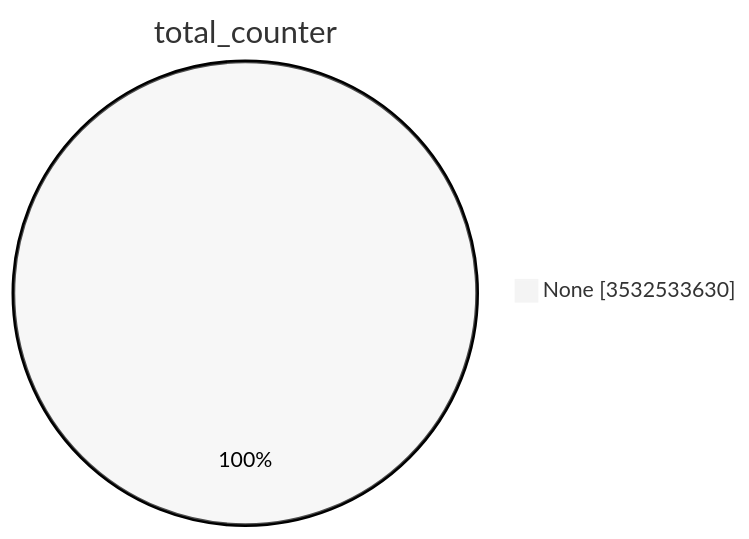
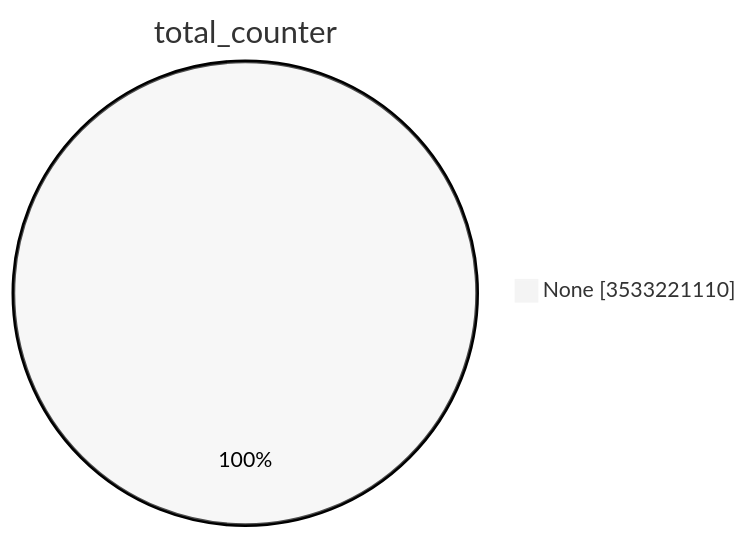
The first of 15 diagrams in TOTAL/README.md (christiankrug/ctmonitor_visualization), drawn with Mermaid (neutral theme) before and after one commit. The commit also changed other lines of this file, not shown here.

````diff
--- a/TOTAL/README.md
+++ b/TOTAL/README.md
@@ -1,5 +1,5 @@
 ```mermaid
 pie showData
 title total_counter
-"None" :3532533630
+"None" :3533221110
 ```
````
